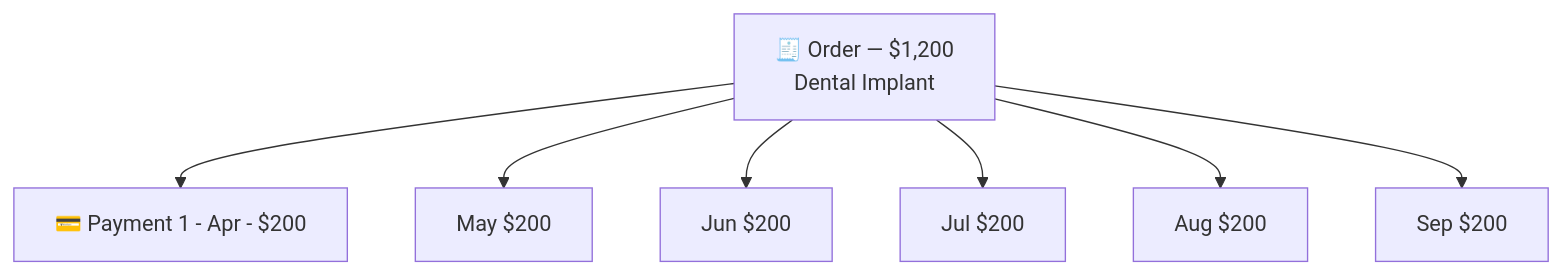
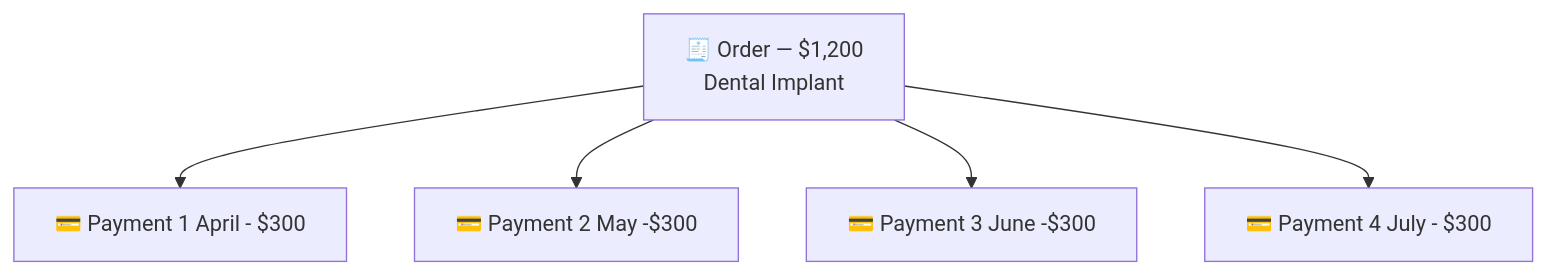
One commit to Prahsys/prahsys-documentation-v2 changed the second of 2 diagrams in docs/Payment Concepts/orders/index.md. Above: the diagram before and after it, drawn with Mermaid.

Commit message:
Update doc `orders`

````diff
--- a/docs/Payment Concepts/orders/index.md
+++ b/docs/Payment Concepts/orders/index.md
@@ -31,11 +31,9 @@
 ```mermaid
 flowchart TB
     O["🧾 Order — $1,200
     Dental Implant"]
-    O --> P1["💳 Payment 1 - Apr - $200"]
-    O --> P2["May $200"]
-    O --> P3["Jun $200"]
-    O --> P4["Jul $200"]
-    O --> P5["Aug $200"]
-    O --> P6["Sep $200"]
+    O --> P1["💳 Payment 1 April - $300"]
+    O --> P2["💳 Payment 2 May -$300"]
+    O --> P3["💳 Payment 3 June -$300"]
+    O --> P4["💳 Payment 4 July - $300"]
 ```
````
